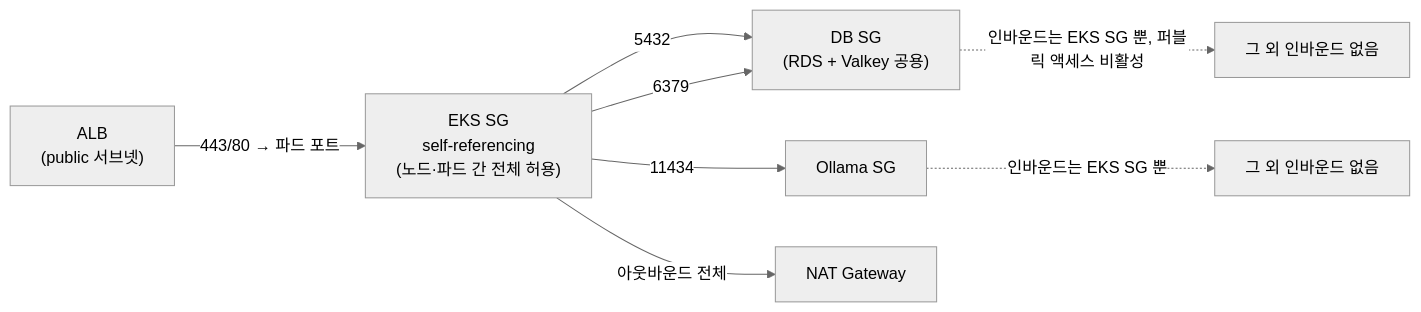
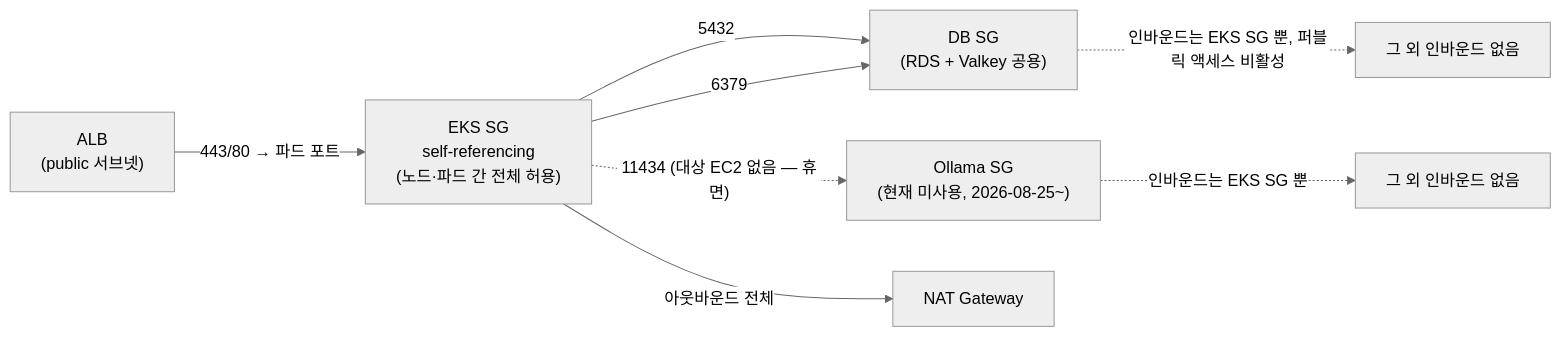
Before and after one commit to LikeLionTeam4/slash-infra: the second of 3 diagrams in docs/security-architecture.md, drawn with Mermaid (neutral theme). The commit also changed other lines of this file and 6 other files, not shown here.

````diff
--- a/docs/security-architecture.md
+++ b/docs/security-architecture.md
@@ -57,11 +57,11 @@
 ```mermaid
 flowchart LR
     ALB["ALB\n(public 서브넷)"] -->|"443/80 → 파드 포트"| EKS_SG["EKS SG\nself-referencing\n(노드·파드 간 전체 허용)"]
     EKS_SG -->|"5432"| DB_SG["DB SG\n(RDS + Valkey 공용)"]
     EKS_SG -->|"6379"| DB_SG
-    EKS_SG -->|"11434"| OLLAMA_SG["Ollama SG"]
+    EKS_SG -.->|"11434 (대상 EC2 없음 — 휴면)"| OLLAMA_SG["Ollama SG\n(현재 미사용, 2026-08-25~)"]
     EKS_SG -->|"아웃바운드 전체"| NAT["NAT Gateway"]
 
     DB_SG -.->|"인바운드는 EKS SG 뿐, 퍼블릭 액세스 비활성"| NONE1["그 외 인바운드 없음"]
     OLLAMA_SG -.->|"인바운드는 EKS SG 뿐"| NONE2["그 외 인바운드 없음"]
 ```
````
